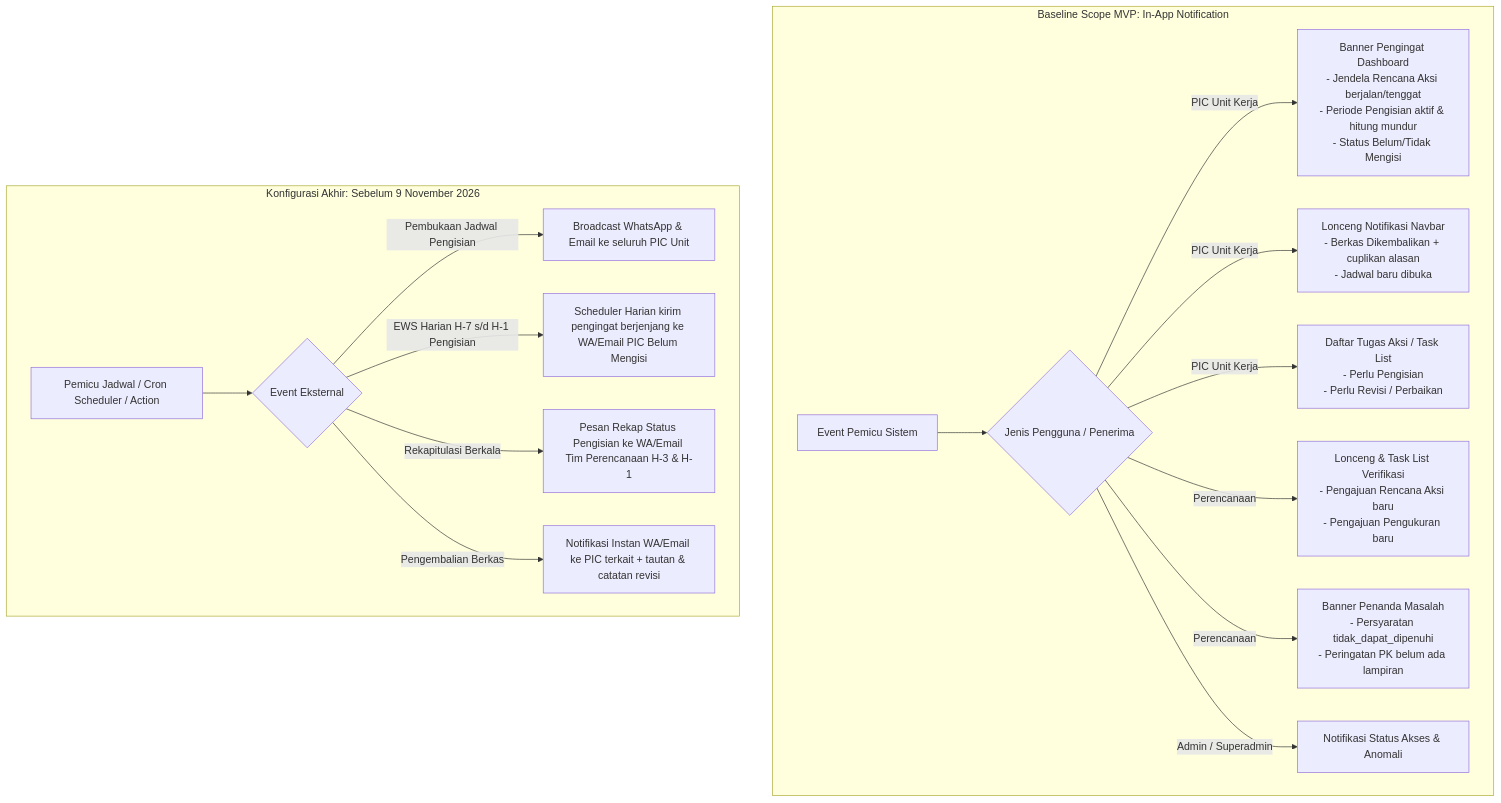
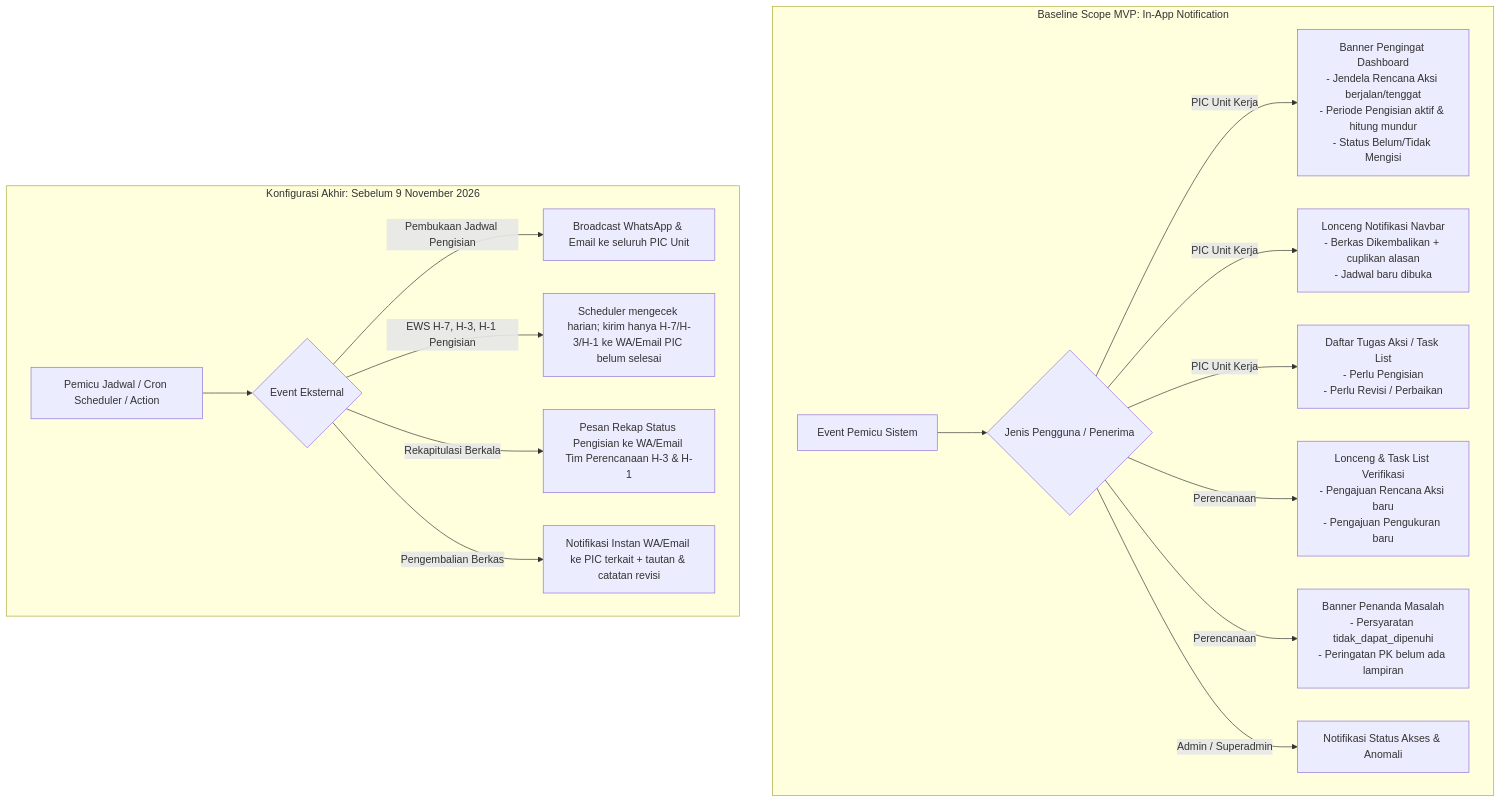
One commit to LLDIKTI-XVI-TEAM/SAKIP changed diagram 23 of 23 in document/SAKIP - Workflow.md. Above: the diagram before and after it, drawn with Mermaid. The commit also changed other lines of this file and 4 other files, not shown here.

````diff
--- a/document/SAKIP - Workflow.md
+++ b/document/SAKIP - Workflow.md
@@ -1765,20 +1762,20 @@
 ```mermaid
 flowchart TD
     subgraph INAPP["Baseline Scope MVP: In-App Notification"]
         A1[Event Pemicu Sistem] --> B1{Jenis Pengguna / Penerima}
         B1 -- PIC Unit Kerja --> C1[Banner Pengingat Dashboard\n- Jendela Rencana Aksi berjalan/tenggat\n- Periode Pengisian aktif & hitung mundur\n- Status Belum/Tidak Mengisi]
         B1 -- PIC Unit Kerja --> C2[Lonceng Notifikasi Navbar\n- Berkas Dikembalikan + cuplikan alasan\n- Jadwal baru dibuka]
         B1 -- PIC Unit Kerja --> C3[Daftar Tugas Aksi / Task List\n- Perlu Pengisian\n- Perlu Revisi / Perbaikan]
         B1 -- Perencanaan --> D1[Lonceng & Task List Verifikasi\n- Pengajuan Rencana Aksi baru\n- Pengajuan Pengukuran baru]
         B1 -- Perencanaan --> D2[Banner Penanda Masalah\n- Persyaratan tidak_dapat_dipenuhi\n- Peringatan PK belum ada lampiran]
         B1 -- Admin / Superadmin --> E1[Notifikasi Status Akses & Anomali]
     end
 
     subgraph EKSTERNAL["Konfigurasi Akhir: Sebelum 9 November 2026"]
         A2[Pemicu Jadwal / Cron Scheduler / Action] --> B2{Event Eksternal}
         B2 -- Pembukaan Jadwal Pengisian --> F1[Broadcast WhatsApp & Email ke seluruh PIC Unit]
-        B2 -- EWS Harian H-7 s/d H-1 Pengisian --> F2[Scheduler Harian kirim pengingat berjenjang ke WA/Email PIC Belum Mengisi]
+        B2 -- EWS H-7, H-3, H-1 Pengisian --> F2[Scheduler mengecek harian; kirim hanya H-7/H-3/H-1 ke WA/Email PIC belum selesai]
         B2 -- Rekapitulasi Berkala --> F3[Pesan Rekap Status Pengisian ke WA/Email Tim Perencanaan H-3 & H-1]
         B2 -- Pengembalian Berkas --> F4[Notifikasi Instan WA/Email ke PIC terkait + tautan & catatan revisi]
     end
 ```
````
